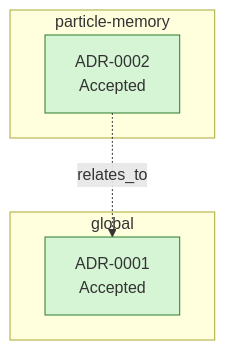
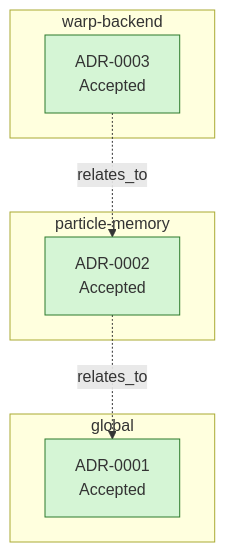
The diagram in .ai/implementations/blast-from-the-past/decisions/graph.md (pypr/pysph), drawn with Mermaid before and after one commit. The commit also changed 18 other files, not shown here.

First line of the commit message:
Fuse Warp continuity-density PEC equations via code generation (ADR-0003)

````diff
--- a/.ai/implementations/blast-from-the-past/decisions/graph.md
+++ b/.ai/implementations/blast-from-the-past/decisions/graph.md
@@ -5,16 +5,21 @@
 ```mermaid
 flowchart TD
   subgraph global[global]
     ADR_0001["ADR-0001<br/>Accepted"]
   end
   subgraph particle_memory[particle-memory]
     ADR_0002["ADR-0002<br/>Accepted"]
   end
+  subgraph warp_backend[warp-backend]
+    ADR_0003["ADR-0003<br/>Accepted"]
+  end
   ADR_0002 -. relates_to .-> ADR_0001
+  ADR_0003 -. relates_to .-> ADR_0002
   classDef Accepted fill:#d5f5d5,stroke:#2c7a2c;
   classDef Proposed fill:#fff3bf,stroke:#9a7500;
   classDef Superseded fill:#e5e7eb,stroke:#6b7280;
   classDef Rejected fill:#ffd6d6,stroke:#b91c1c;
   class ADR_0001 Accepted;
   class ADR_0002 Accepted;
+  class ADR_0003 Accepted;
 ```
````
